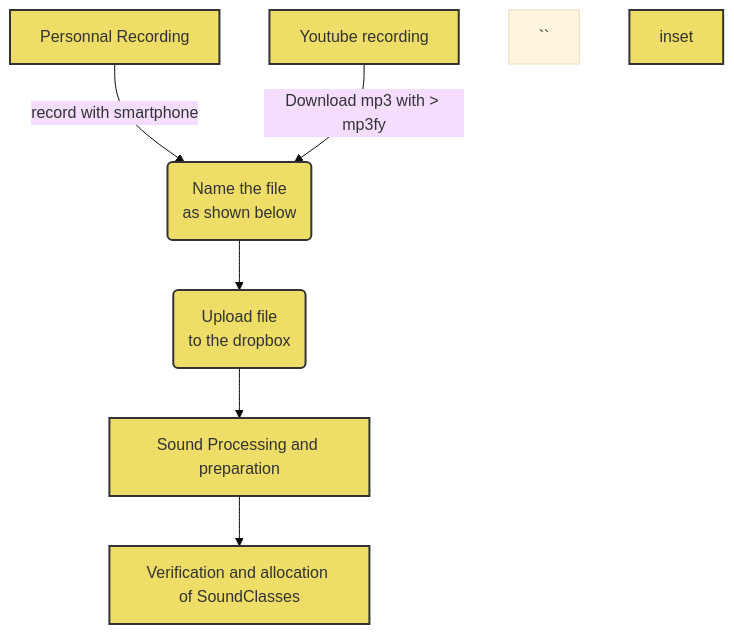
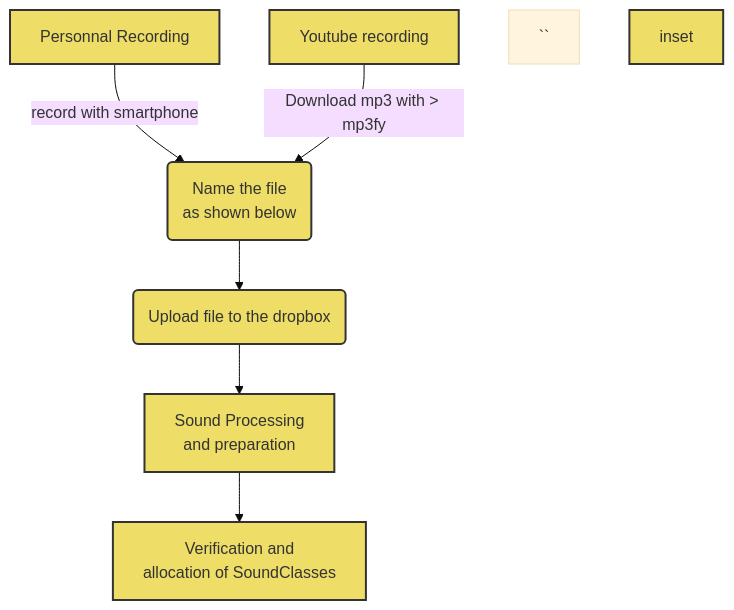
One commit to FrogBoss74/RealCatTranslator changed the diagram in README.md. Above: the diagram before and after it, drawn with Mermaid (base theme). The commit also changed other lines of this file, not shown here.

Commit message:
README.md updated from https://stackedit.io/

```````diff
--- a/README.md
+++ b/README.md
@@ -25,17 +25,17 @@
 ```mermaid
 
 graph TD
 A1[Personnal <span>Recording</span>] -->|record with smartphone| B(Name the file <br>as shown below</br>)
 A2[Youtube recording] -->|Download mp3 with > mp3fy| B
-B --> C(Upload file <br>to the dropbox</br>)
-C -->D1[Sound Processing and preparation]
-D1 -->D2[Verification and allocation of SoundClasses]
+B --> C(Upload file to the dropbox)
+C -->D1[Sound Processing <br>and preparation</br>]
+D1 -->D2[Verification and <br>allocation of SoundClasses</br>]
 ``
 style A1 fill:#ed6,stroke:#333,stroke-width:2px;
 style A2 fill:#ed6,stroke:#333,stroke-width:2px;
 style B fill:#ed6,stroke:#333,stroke-width:2px;
 style C fill:#ed6,stroke:#333,stroke-width:2px;
 style D1 fill:#ed6,stroke:#333,stroke-width:2px;
 style D2 fill:#ed6,stroke:#333,stroke-width:2px;
 style inset fill:#ed6,stroke:#333,stroke-width:2px;
 ``````
```````
